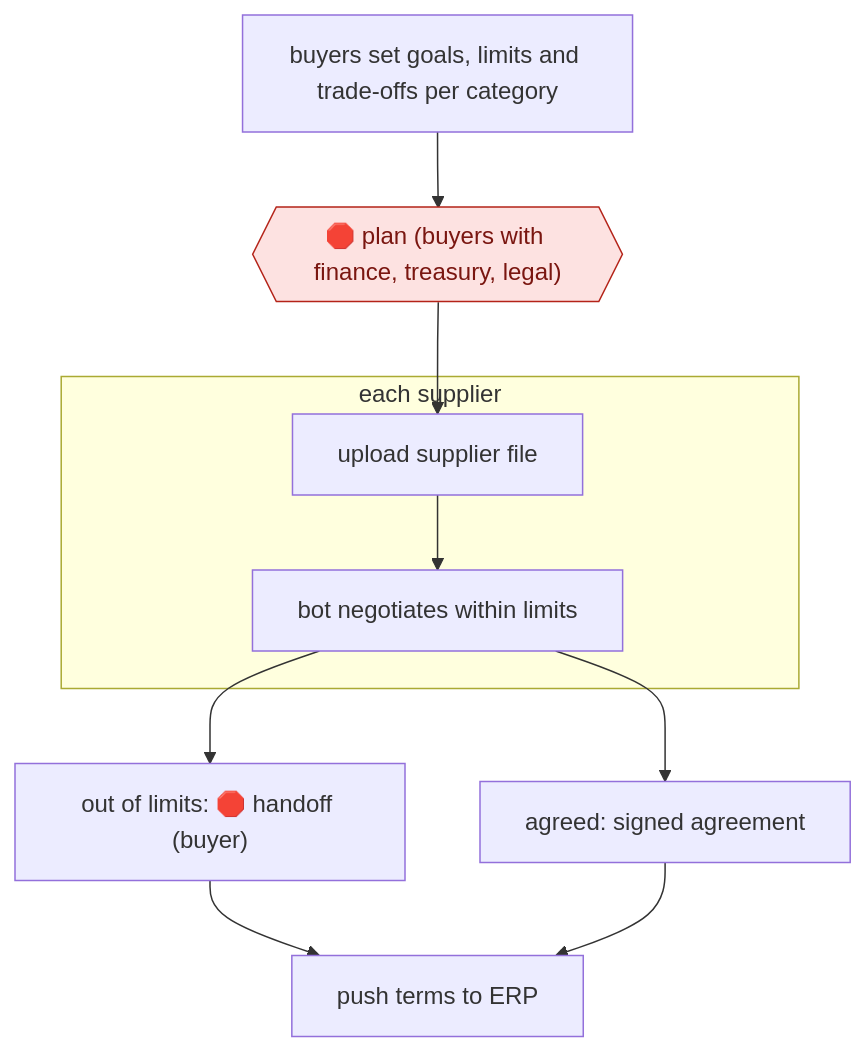
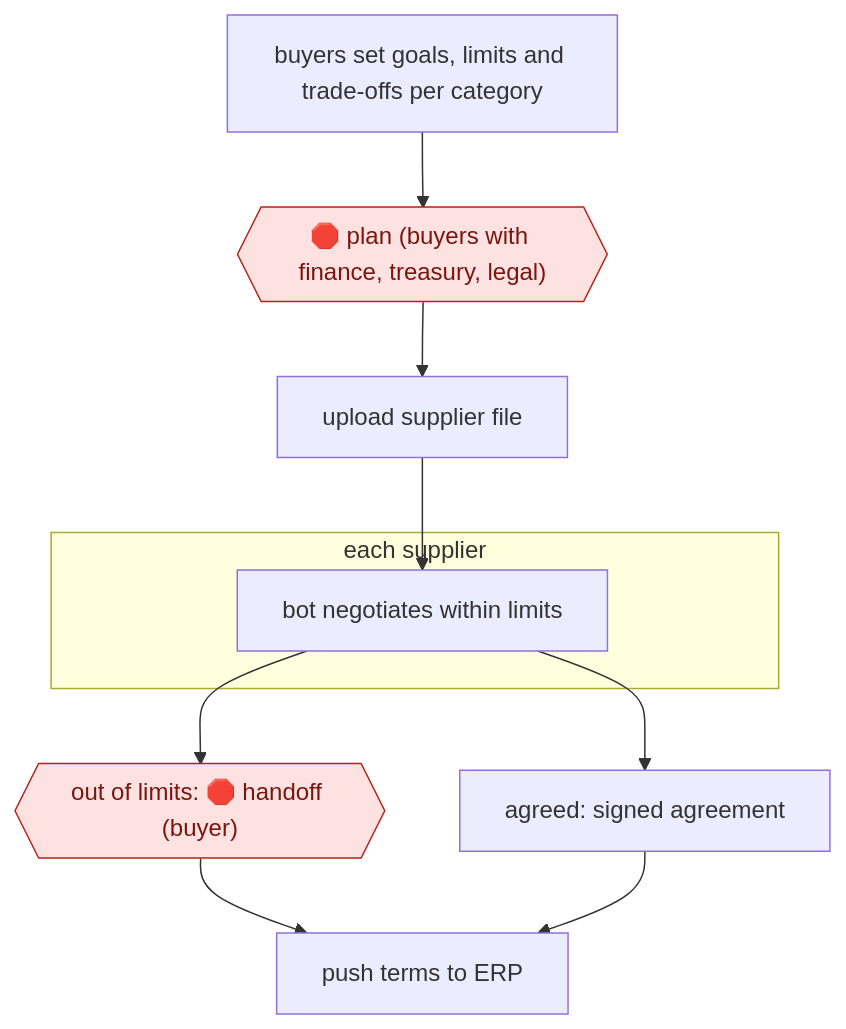
One commit to milesradford99/agent-workflow-atlas changed the diagram in workflows/ORG/BIZ/PROC/bounded-tail-spend-negotiation/README.md. Above: the diagram before and after it, drawn with Mermaid. The commit also changed 171 other files, not shown here.

````diff
--- a/workflows/ORG/BIZ/PROC/bounded-tail-spend-negotiation/README.md
+++ b/workflows/ORG/BIZ/PROC/bounded-tail-spend-negotiation/README.md
@@ -31,20 +31,20 @@
 ```mermaid
 flowchart TD
   n1["buyers set goals, limits and trade-offs per category"]
   n2{{"🛑 plan (buyers with finance, treasury, legal)"}}:::stop
-  n1 --> n2
   n3["upload supplier file"]
-  n2 --> n3
   subgraph s4["each supplier"]
   n5["bot negotiates within limits"]
+  end
+  n6{{"out of limits: 🛑 handoff (buyer)"}}:::stop
+  n7["agreed: signed agreement"]
+  n8["push terms to ERP"]
+  n1 --> n2
+  n2 --> n3
   n3 --> n5
-  end
-  n6["out of limits: 🛑 handoff (buyer)"]
   n5 --> n6
-  n7["agreed: signed agreement"]
   n5 --> n7
-  n8["push terms to ERP"]
   n6 --> n8
   n7 --> n8
   classDef stop fill:#fde2e1,stroke:#b42318,color:#7a1610
 ```
````
